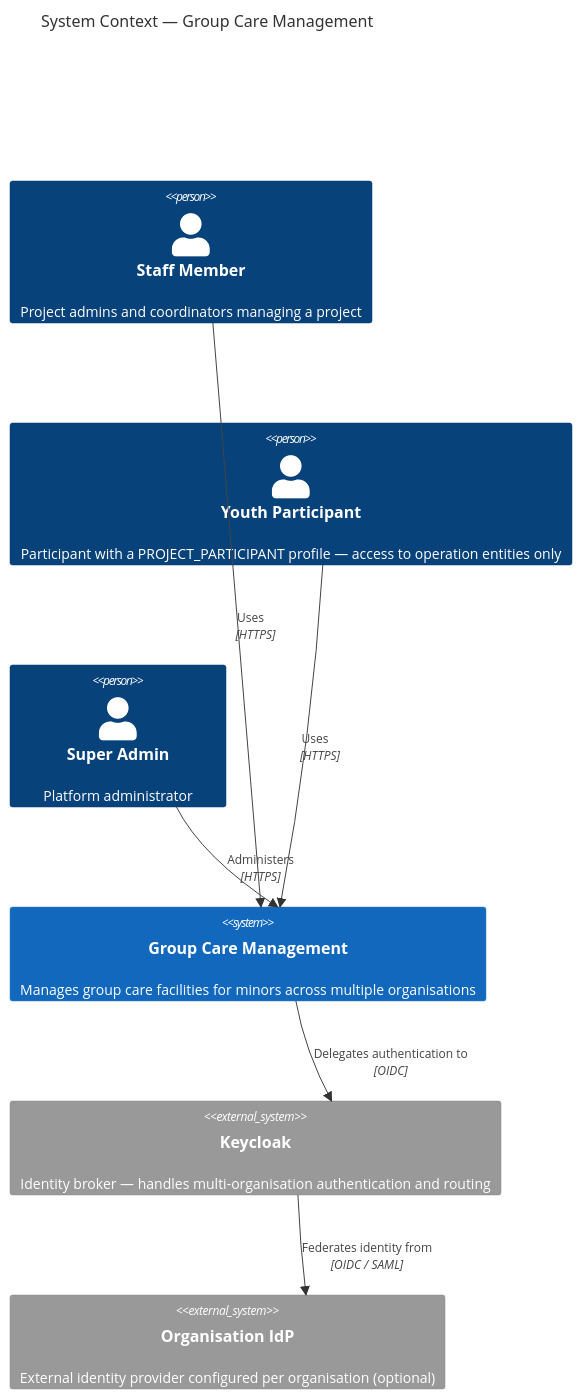
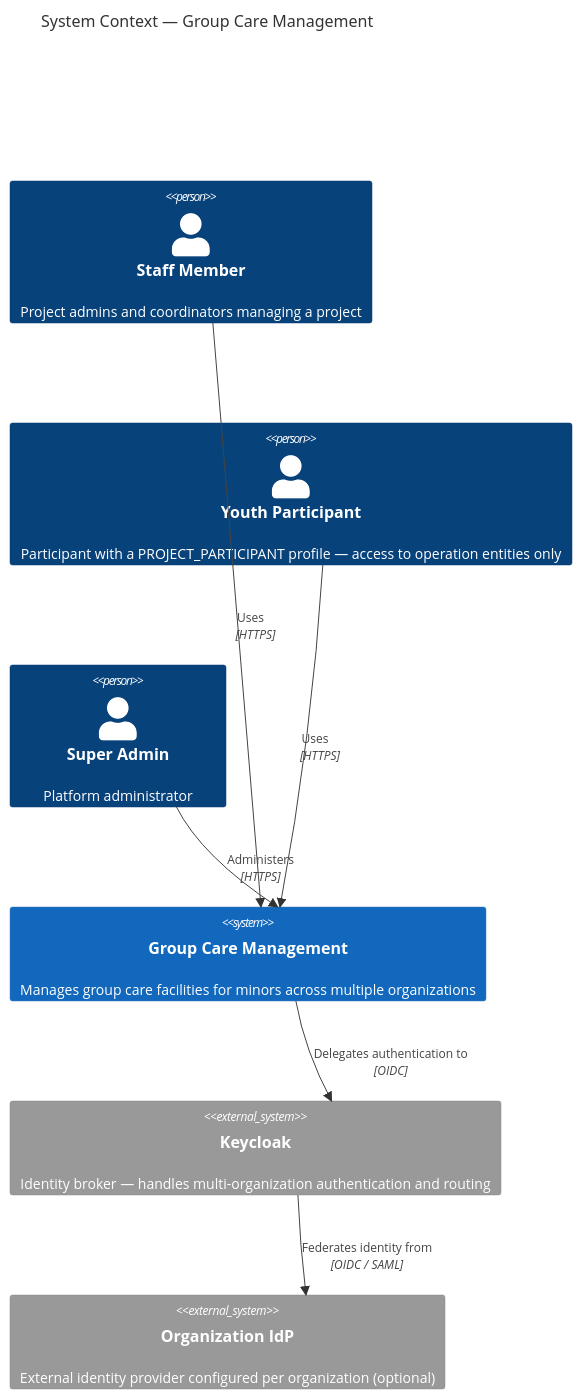
Before and after one commit to laucoin/my-project--documentation: the diagram in technical/architecture/c4/context.md, drawn with Mermaid. The commit also changed other lines of this file and 58 other files, not shown here.

````diff
--- a/technical/architecture/c4/context.md
+++ b/technical/architecture/c4/context.md
@@ -5,18 +5,18 @@
 ```mermaid
 C4Context
     title System Context — Group Care Management
 
     Person(staff, "Staff Member", "Project admins and coordinators managing a project")
     Person(youth, "Youth Participant", "Participant with a PROJECT_PARTICIPANT profile — access to operation entities only")
     Person(superadmin, "Super Admin", "Platform administrator")
 
-    System(app, "Group Care Management", "Manages group care facilities for minors across multiple organisations")
+    System(app, "Group Care Management", "Manages group care facilities for minors across multiple organizations")
 
-    System_Ext(keycloak, "Keycloak", "Identity broker — handles multi-organisation authentication and routing")
-    System_Ext(idp, "Organisation IdP", "External identity provider configured per organisation (optional)")
+    System_Ext(keycloak, "Keycloak", "Identity broker — handles multi-organization authentication and routing")
+    System_Ext(idp, "Organization IdP", "External identity provider configured per organization (optional)")
     Rel(staff, app, "Uses", "HTTPS")
     Rel(youth, app, "Uses", "HTTPS")
     Rel(superadmin, app, "Administers", "HTTPS")
     Rel(app, keycloak, "Delegates authentication to", "OIDC")
     Rel(keycloak, idp, "Federates identity from", "OIDC / SAML")
 ```
````
